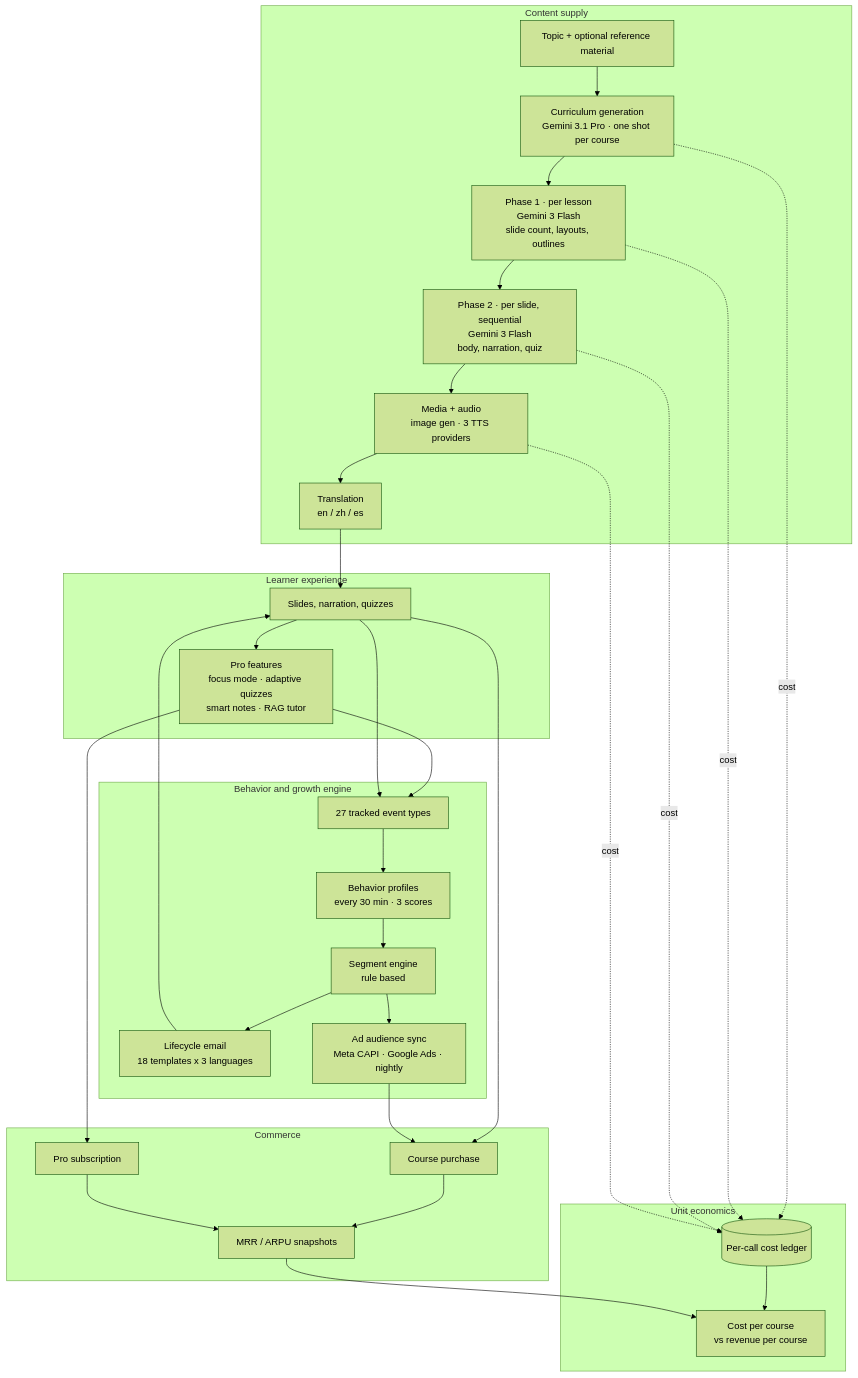
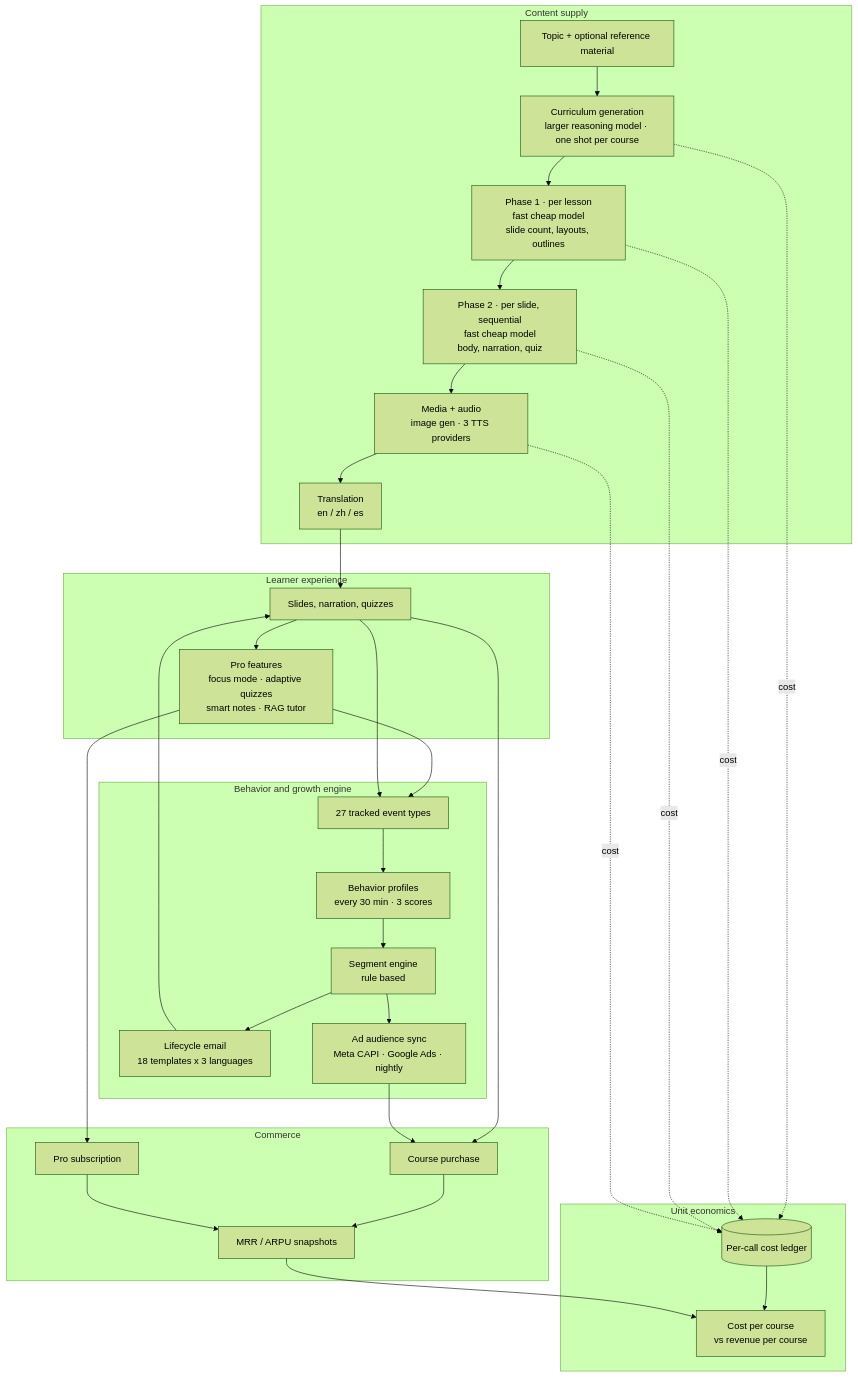
Before and after one commit to jimmy1220fbab/vocuz-case-study: the diagram in README.md, drawn with Mermaid (forest theme). The commit also changed other lines of this file, not shown here.

Commit message:
Quote mermaid node labels; keep disclosure at decision level

````diff
--- a/README.md
+++ b/README.md
@@ -21,43 +21,43 @@
 ```mermaid
 flowchart TB
   subgraph Supply["Content supply"]
-    T[Topic + optional reference material] --> C[Curriculum generation<br/>Gemini 3.1 Pro · one shot per course]
-    C --> P1[Phase 1 · per lesson<br/>Gemini 3 Flash<br/>slide count, layouts, outlines]
-    P1 --> P2[Phase 2 · per slide, sequential<br/>Gemini 3 Flash<br/>body, narration, quiz]
-    P2 --> M[Media + audio<br/>image gen · 3 TTS providers]
-    M --> TR[Translation<br/>en / zh / es]
+    T["Topic + optional reference material"] --> C["Curriculum generation<br/>larger reasoning model · one shot per course"]
+    C --> P1["Phase 1 · per lesson<br/>fast cheap model<br/>slide count, layouts, outlines"]
+    P1 --> P2["Phase 2 · per slide, sequential<br/>fast cheap model<br/>body, narration, quiz"]
+    P2 --> M["Media + audio<br/>image gen · 3 TTS providers"]
+    M --> TR["Translation<br/>en / zh / es"]
   end
 
   subgraph Demand["Learner experience"]
-    TR --> L[Slides, narration, quizzes]
-    L --> PRO[Pro features<br/>focus mode · adaptive quizzes<br/>smart notes · RAG tutor]
+    TR --> L["Slides, narration, quizzes"]
+    L --> PRO["Pro features<br/>focus mode · adaptive quizzes<br/>smart notes · RAG tutor"]
   end
 
   subgraph Loop["Behavior and growth engine"]
-    PRO --> EV[27 tracked event types]
+    PRO --> EV["27 tracked event types"]
     L --> EV
-    EV --> BP[Behavior profiles<br/>every 30 min · 3 scores]
-    BP --> SEG[Segment engine<br/>rule based]
-    SEG --> EM[Lifecycle email<br/>18 templates x 3 languages]
-    SEG --> AD[Ad audience sync<br/>Meta CAPI · Google Ads · nightly]
+    EV --> BP["Behavior profiles<br/>every 30 min · 3 scores"]
+    BP --> SEG["Segment engine<br/>rule based"]
+    SEG --> EM["Lifecycle email<br/>18 templates x 3 languages"]
+    SEG --> AD["Ad audience sync<br/>Meta CAPI · Google Ads · nightly"]
   end
 
   subgraph Money["Commerce"]
-    L --> BUY[Course purchase]
-    PRO --> SUB[Pro subscription]
-    BUY --> MRR[MRR / ARPU snapshots]
+    L --> BUY["Course purchase"]
+    PRO --> SUB["Pro subscription"]
+    BUY --> MRR["MRR / ARPU snapshots"]
     SUB --> MRR
   end
 
   subgraph Econ["Unit economics"]
-    C -.cost.-> LEDGER[(Per-call cost ledger)]
+    C -.cost.-> LEDGER[("Per-call cost ledger")]
     P1 -.cost.-> LEDGER
     P2 -.cost.-> LEDGER
     M -.cost.-> LEDGER
-    LEDGER --> MARGIN[Cost per course<br/>vs revenue per course]
+    LEDGER --> MARGIN["Cost per course<br/>vs revenue per course"]
     MRR --> MARGIN
   end
 
   EM --> L
   AD --> BUY
 ```
````
